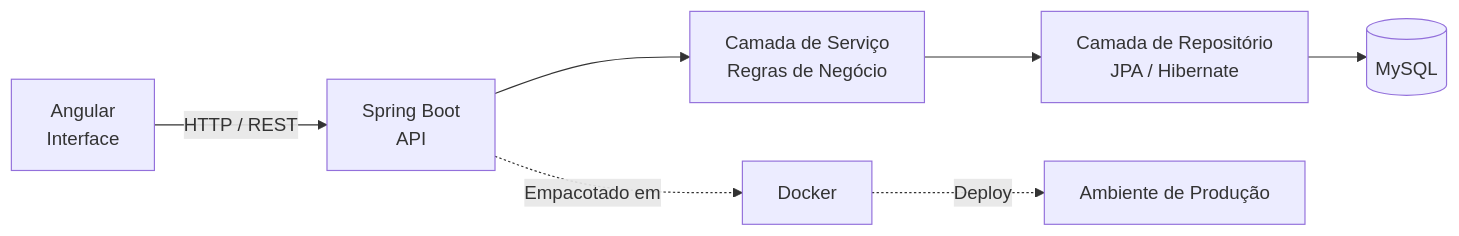
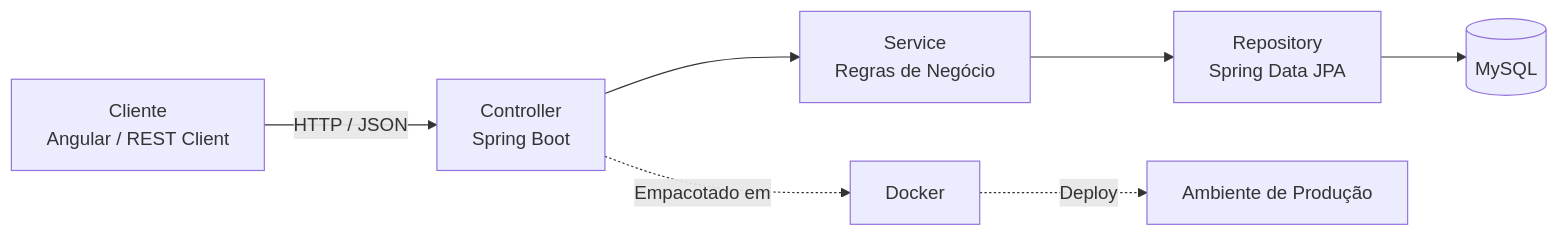
The diagram in README.md (soareslevi566-lgtm/soareslevi566-lgtm), drawn with Mermaid before and after one commit. The commit also changed other lines of this file, not shown here.

````diff
--- a/README.md
+++ b/README.md
@@ -62,9 +65,9 @@
 ```mermaid
 flowchart LR
-    A["Angular\nInterface"] -->|HTTP / REST| B["Spring Boot\nAPI"]
-    B --> C["Camada de Serviço\nRegras de Negócio"]
-    C --> D["Camada de Repositório\nJPA / Hibernate"]
+    A["Cliente\nAngular / REST Client"] -->|HTTP / JSON| B["Controller\nSpring Boot"]
+    B --> C["Service\nRegras de Negócio"]
+    C --> D["Repository\nSpring Data JPA"]
     D --> E[("MySQL")]
     B -.->|Empacotado em| F["Docker"]
     F -.->|Deploy| G["Ambiente de Produção"]
 ```
````
